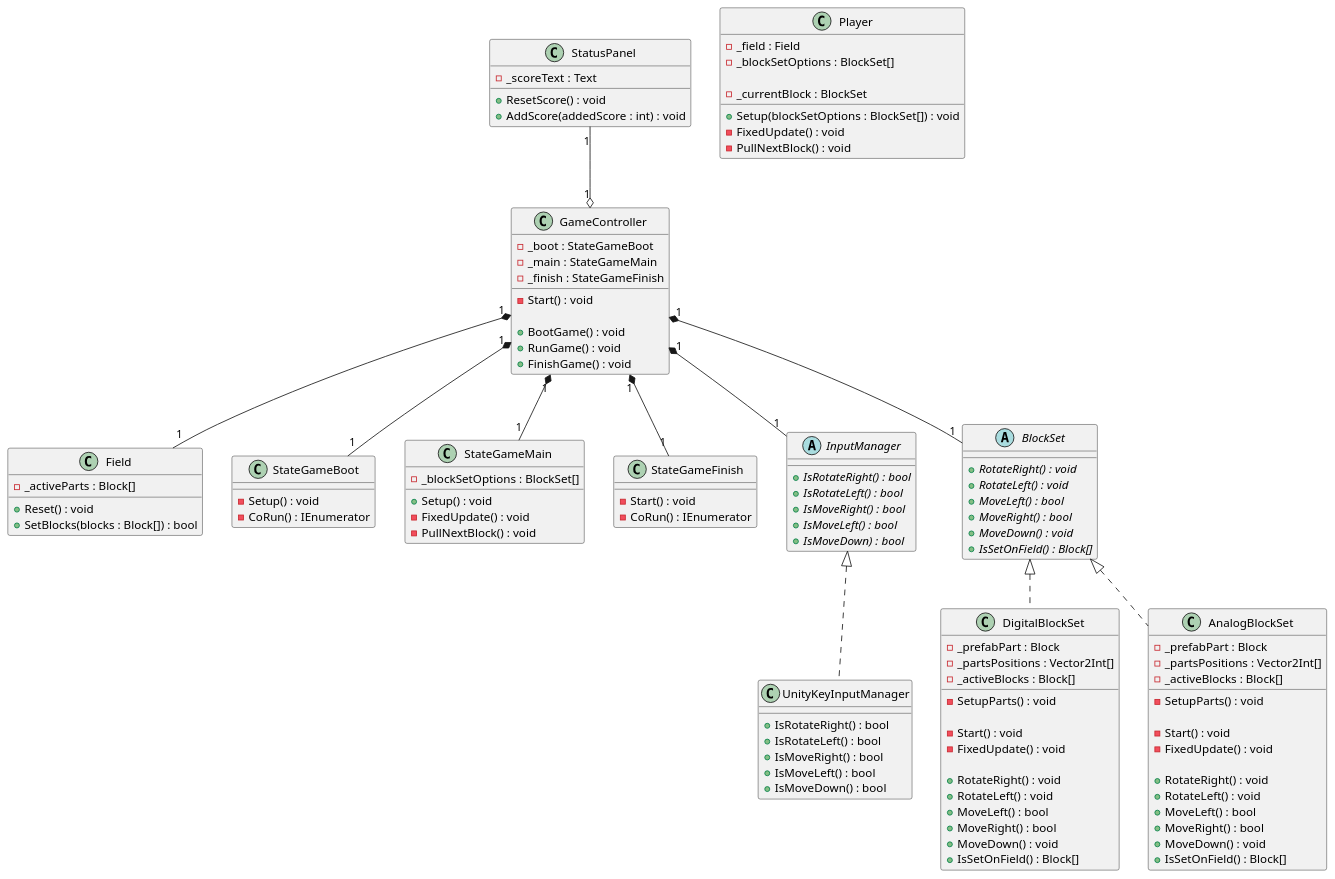
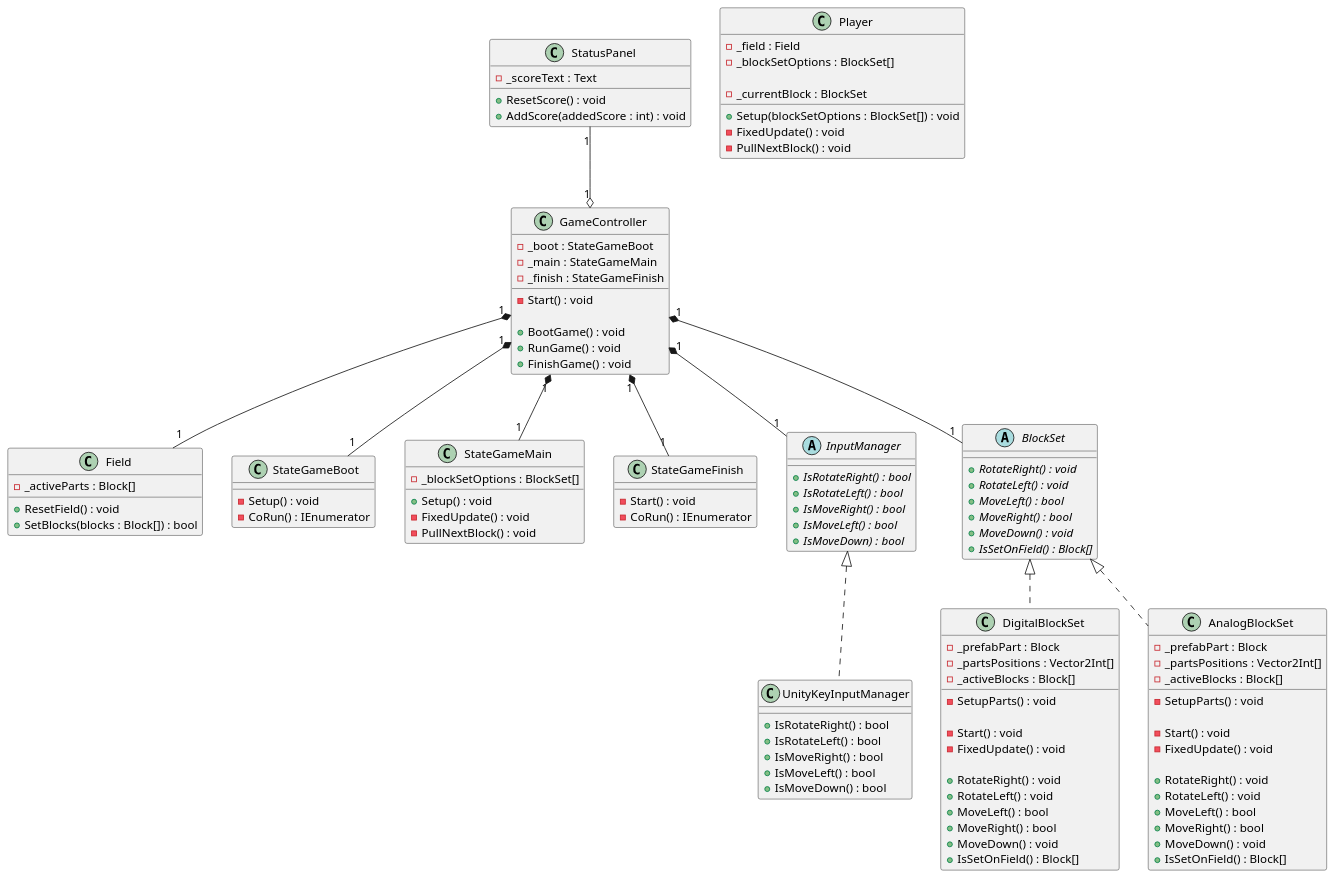
One commit to azarashin/UnityTetris changed the diagram in Documents/PlantUML/CD_Main.pu. Above: the diagram before and after it, drawn with PlantUML.

Commit message:
MonoBehaviour のメソッドと名前が重複していたので見直し。

```diff
--- a/Documents/PlantUML/CD_Main.pu
+++ b/Documents/PlantUML/CD_Main.pu
@@ -1,158 +1,158 @@
 @startuml
 
 ' フィールドの状態を管理する
 class Field
 {
     - _activeParts : Block[]
 
-    + Reset() : void
+    + ResetField() : void
     ' @return ブロックが積みあがってしまったらtrue, そうでなければfalse を返す
     + SetBlocks(blocks : Block[]) : bool
 }
 
 ' ゲームの進行を管理する
 class GameController
 {
     - _boot : StateGameBoot
     - _main : StateGameMain
     - _finish : StateGameFinish
 
     - Start() : void
 
     + BootGame() : void
     + RunGame() : void
     + FinishGame() : void
 }
 
 class Player
 {
     - _field : Field
     - _blockSetOptions : BlockSet[]
 
     - _currentBlock : BlockSet
 
     + Setup(blockSetOptions : BlockSet[]) : void
     - FixedUpdate() : void
     - PullNextBlock() : void
 }
 
 class StateGameBoot
 {
     - Setup() : void
     - CoRun() : IEnumerator
 }
 
 class StateGameMain
 {
     - _blockSetOptions : BlockSet[]
 
     + Setup() : void
     - FixedUpdate() : void
     - PullNextBlock() : void
 }
 
 class StateGameFinish
 {
     - Start() : void
     - CoRun() : IEnumerator
 }
 
 abstract class InputManager
 {
     + {abstract} IsRotateRight() : bool
     + {abstract} IsRotateLeft() : bool
     + {abstract} IsMoveRight() : bool
     + {abstract} IsMoveLeft() : bool
     + {abstract} IsMoveDown) : bool
 }
 
 class UnityKeyInputManager
 {
     + IsRotateRight() : bool
     + IsRotateLeft() : bool
     + IsMoveRight() : bool
     + IsMoveLeft() : bool
     + IsMoveDown() : bool
 }
 
 ' ブロックの状態を管理する
 abstract class BlockSet
 {
     + {abstract} RotateRight() : void
     + {abstract} RotateLeft() : void
     ' @return 移動できる場合はtrue, 何かにぶつかって移動できない場合はfalse
     + {abstract} MoveLeft() : bool
     ' @return 移動できる場合はtrue, 何かにぶつかって移動できない場合はfalse
     + {abstract} MoveRight() : bool
     + {abstract} MoveDown() : void
     ' @return フィールドに設置された直後であれば設置されたブロックの配列を、設置されていなければnull を返す
     + {abstract} IsSetOnField() : Block[]
 }
 
 class DigitalBlockSet
 {
     - _prefabPart : Block
     - _partsPositions : Vector2Int[]
     - _activeBlocks : Block[]
 
     - SetupParts() : void
 
     - Start() : void
     - FixedUpdate() : void
 
     + RotateRight() : void
     + RotateLeft() : void
     ' @return 移動できる場合はtrue, 何かにぶつかって移動できない場合はfalse
     + MoveLeft() : bool
     ' @return 移動できる場合はtrue, 何かにぶつかって移動できない場合はfalse
     + MoveRight() : bool
     + MoveDown() : void
     ' @return フィールドに設置された直後であれば設置されたブロックの配列を、設置されていなければnull を返す
     + IsSetOnField() : Block[]
 }
 
 class AnalogBlockSet
 {
     - _prefabPart : Block
     - _partsPositions : Vector2Int[]
     - _activeBlocks : Block[]
 
     - SetupParts() : void
 
     - Start() : void
     - FixedUpdate() : void
 
     + RotateRight() : void
     + RotateLeft() : void
     ' @return 移動できる場合はtrue, 何かにぶつかって移動できない場合はfalse
     + MoveLeft() : bool
     ' @return 移動できる場合はtrue, 何かにぶつかって移動できない場合はfalse
     + MoveRight() : bool
     + MoveDown() : void
     ' @return フィールドに設置された直後であれば設置されたブロックの配列を、設置されていなければnull を返す
     + IsSetOnField() : Block[]
 }
 
 class StatusPanel
 {
     - _scoreText : Text
  
     + ResetScore() : void
     + AddScore(addedScore : int) : void
 }
 
 GameController "1" *-- "1" Field
 GameController "1" *-- "1" BlockSet
 GameController "1" *-- "1" InputManager
 GameController "1" *-- "1" StateGameBoot
 GameController "1" *-- "1" StateGameMain
 GameController "1" *-- "1" StateGameFinish
 
 StatusPanel "1" --o "1" GameController
 
 BlockSet <|.. DigitalBlockSet
 BlockSet <|.. AnalogBlockSet
 
 InputManager <|.. UnityKeyInputManager
 
 @enduml
```
